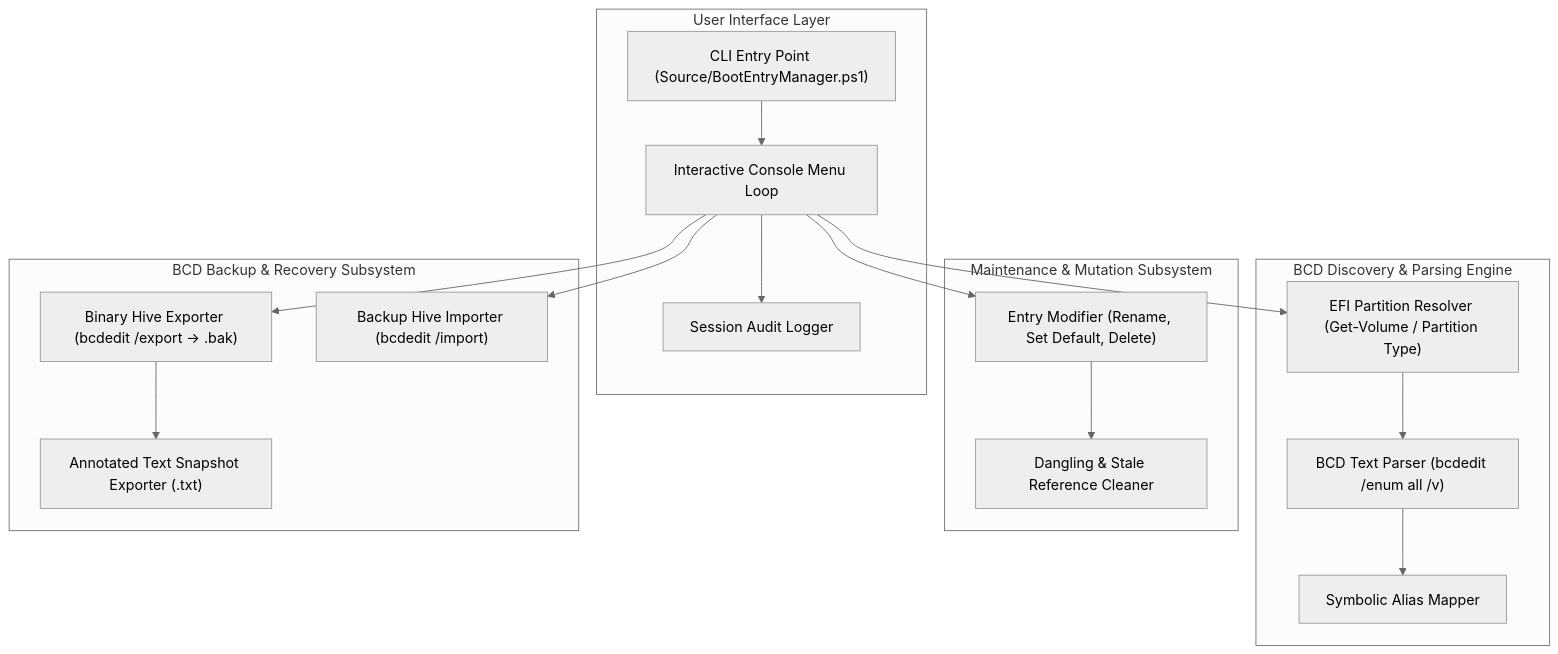
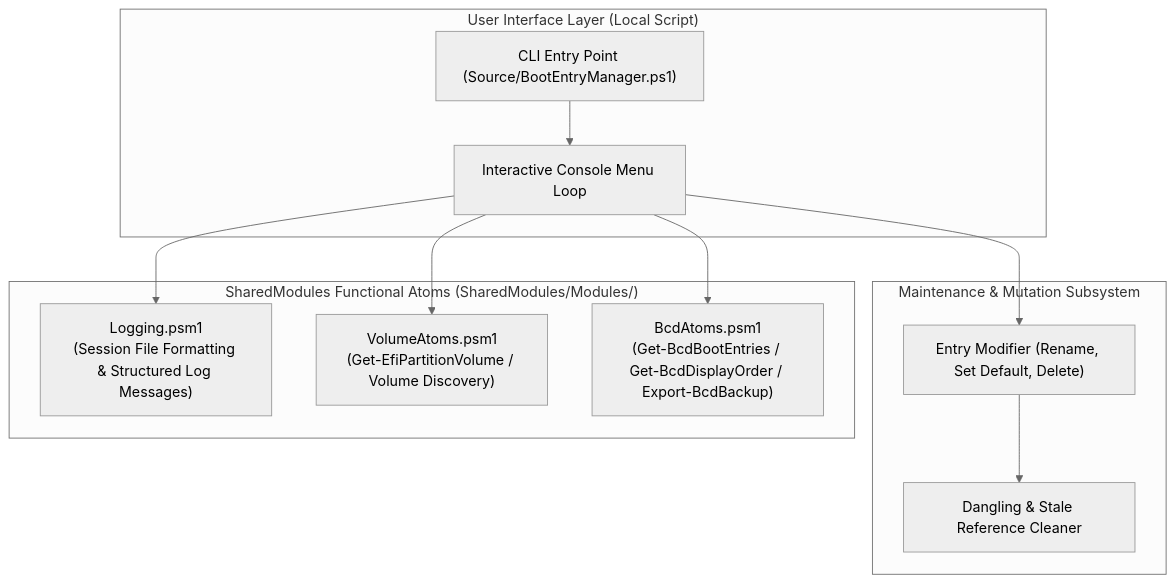
Before and after one commit to rgbigel/BootEntryManager: the diagram in Docs/Architecture.md, drawn with Mermaid (neutral theme). The commit also changed other lines of this file and 1 other file, not shown here.

Commit message:
docs(architecture): reflect SharedModules functional atoms dependency in Architecture.md

````diff
--- a/Docs/Architecture.md
+++ b/Docs/Architecture.md
@@ -15,36 +15,25 @@
 ```mermaid
 graph TB
-    subgraph UI ["User Interface Layer"]
+    subgraph UI ["User Interface Layer (Local Script)"]
         CLI["CLI Entry Point (Source/BootEntryManager.ps1)"]
         MENU["Interactive Console Menu Loop"]
-        LOG["Session Audit Logger"]
         CLI --> MENU
-        MENU --> LOG
-    end
-
-    subgraph ParserEngine ["BCD Discovery & Parsing Engine"]
-        DISC["EFI Partition Resolver (Get-Volume / Partition Type)"]
-        PARSER["BCD Text Parser (bcdedit /enum all /v)"]
-        ALIAS["Symbolic Alias Mapper"]
-        DISC --> PARSER
-        PARSER --> ALIAS
     end
 
     subgraph OperationEngine ["Maintenance & Mutation Subsystem"]
         MOD["Entry Modifier (Rename, Set Default, Delete)"]
         CLEAN["Dangling & Stale Reference Cleaner"]
         MOD --> CLEAN
     end
 
-    subgraph BackupEngine ["BCD Backup & Recovery Subsystem"]
-        EXP["Binary Hive Exporter (bcdedit /export -> .bak)"]
-        TXT["Annotated Text Snapshot Exporter (.txt)"]
-        RESTORE["Backup Hive Importer (bcdedit /import)"]
-        EXP --> TXT
+    subgraph SharedModulesLayer ["SharedModules Functional Atoms (SharedModules/Modules/)"]
+        LOG["Logging.psm1<br/>(Session File Formatting & Structured Log Messages)"]
+        VOL["VolumeAtoms.psm1<br/>(Get-EfiPartitionVolume / Volume Discovery)"]
+        BCD["BcdAtoms.psm1<br/>(Get-BcdBootEntries / Get-BcdDisplayOrder / Export-BcdBackup)"]
     end
 
-    MENU --> DISC
+    MENU --> LOG
+    MENU --> VOL
+    MENU --> BCD
     MENU --> MOD
-    MENU --> EXP
-    MENU --> RESTORE
 ```
````
